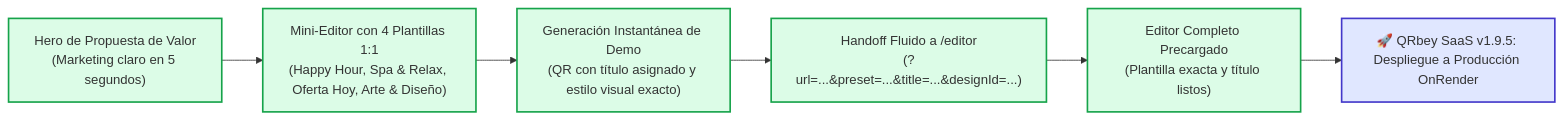
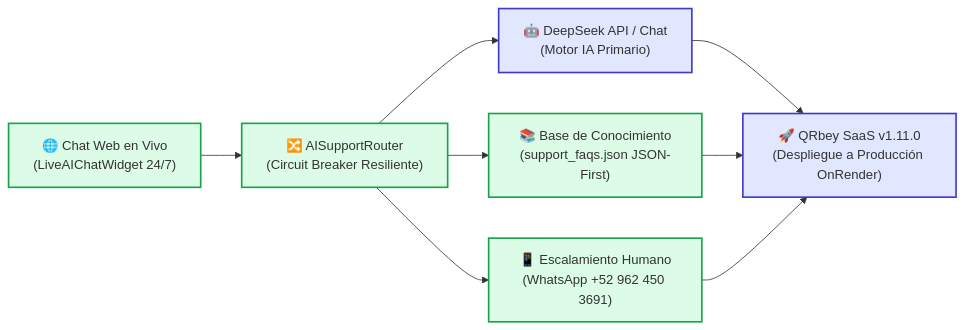
One commit to paolapaz202504/QRgenerator changed the diagram in PROJECT_STATUS_QRGENERATOR.md. Above: the diagram before and after it, drawn with Mermaid. The commit also changed other lines of this file and 16 other files, not shown here.

Commit message:
feat(support): soporte omnicanal 24/7 con IA, widget de chat flotante, WhatsApp dinámico y webhooks de Meta Messenger v1.11.0

````diff
--- a/PROJECT_STATUS_QRGENERATOR.md
+++ b/PROJECT_STATUS_QRGENERATOR.md
@@ -12,15 +12,17 @@
 ```mermaid
 flowchart LR
-    A["Hero de Propuesta de Valor\n(Marketing claro en 5 segundos)"] --> B["Mini-Editor con 4 Plantillas 1:1\n(Happy Hour, Spa & Relax, Oferta Hoy, Arte & Diseño)"]
-    B --> C["Generación Instantánea de Demo\n(QR con título asignado y estilo visual exacto)"]
-    C --> D["Handoff Fluido a /editor\n(?url=...&preset=...&title=...&designId=...)"]
-    D --> E["Editor Completo Precargado\n(Plantilla exacta y título listos)"]
-    E --> F["🚀 QRbey SaaS v1.9.5: Despliegue a Producción OnRender"]
+    A["🌐 Chat Web en Vivo\n(LiveAIChatWidget 24/7)"] --> B["🔀 AISupportRouter\n(Circuit Breaker Resiliente)"]
+    B --> C["🤖 DeepSeek API / Chat\n(Motor IA Primario)"]
+    B --> D["📚 Base de Conocimiento\n(support_faqs.json JSON-First)"]
+    B --> E["📱 Escalamiento Humano\n(WhatsApp +52 962 450 3691)"]
+    C --> F["🚀 QRbey SaaS v1.11.0\n(Despliegue a Producción OnRender)"]
+    D --> F
+    E --> F
     
     style A fill:#dcfce7,stroke:#16a34a,stroke-width:2px
     style B fill:#dcfce7,stroke:#16a34a,stroke-width:2px
-    style C fill:#dcfce7,stroke:#16a34a,stroke-width:2px
+    style C fill:#e0e7ff,stroke:#4338ca,stroke-width:2px
     style D fill:#dcfce7,stroke:#16a34a,stroke-width:2px
     style E fill:#dcfce7,stroke:#16a34a,stroke-width:2px
     style F fill:#e0e7ff,stroke:#4338ca,stroke-width:2px
 ```
````
